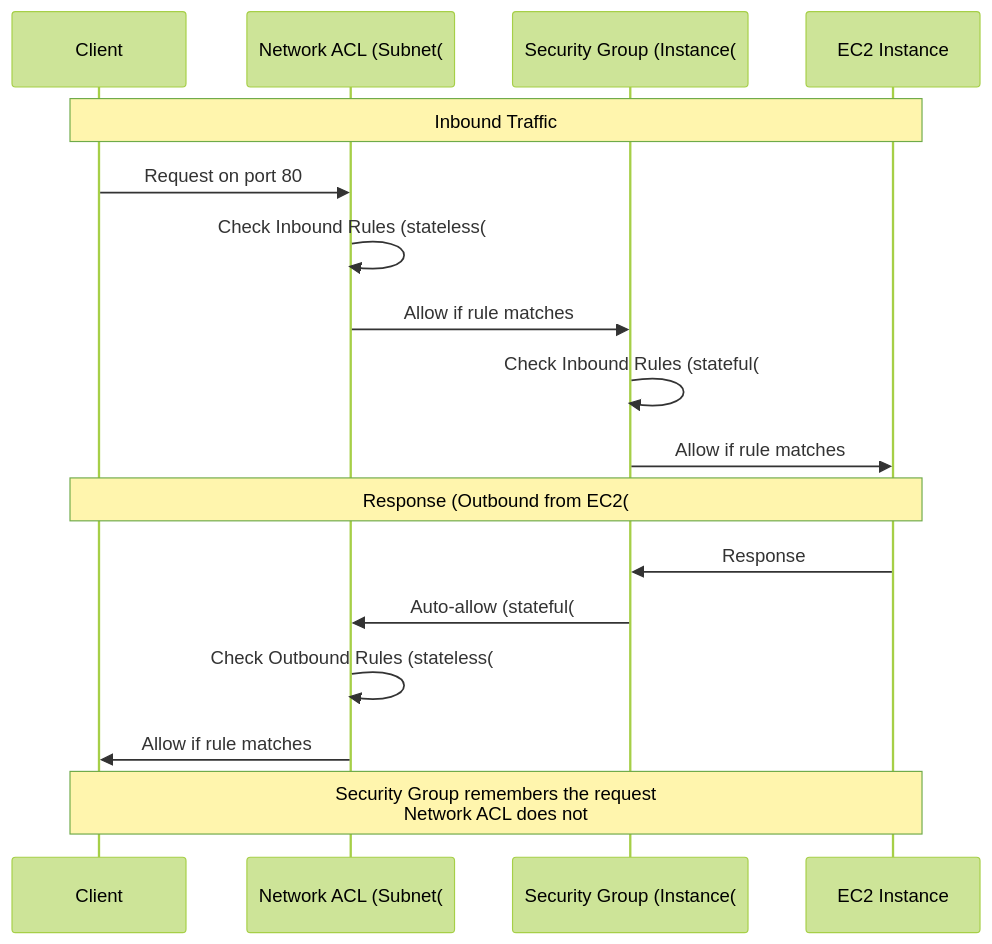
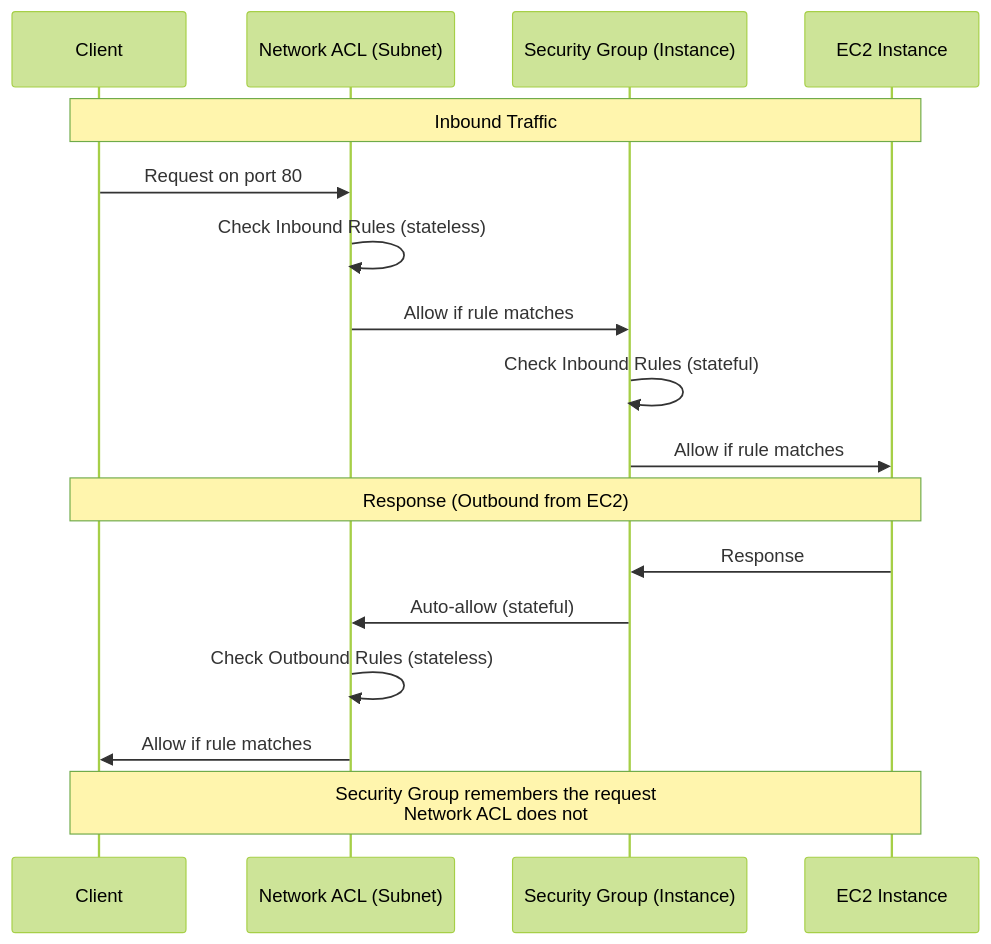
Before and after one commit to pilotworks/AWS-Certified-Solutions-Architect-Associate-SAA-C03: the fifth of 16 diagrams in docs/06-Networking/DIAGRAMS.md, drawn with Mermaid (forest theme). The commit also changed other lines of this file and 79 other files, not shown here.

````diff
--- a/docs/06-Networking/DIAGRAMS.md
+++ b/docs/06-Networking/DIAGRAMS.md
@@ -149,25 +149,25 @@
 ```mermaid
 sequenceDiagram
     participant Client
-    participant NACL as Network ACL (Subnet(
-    participant SG as Security Group (Instance(
+    participant NACL as Network ACL (Subnet)
+    participant SG as Security Group (Instance)
     participant EC2 as EC2 Instance
     
     Note over Client,EC2: Inbound Traffic
     
     Client->>NACL: Request on port 80
-    NACL->>NACL: Check Inbound Rules (stateless(
+    NACL->>NACL: Check Inbound Rules (stateless)
     NACL->>SG: Allow if rule matches
-    SG->>SG: Check Inbound Rules (stateful(
+    SG->>SG: Check Inbound Rules (stateful)
     SG->>EC2: Allow if rule matches
     
-    Note over Client,EC2: Response (Outbound from EC2(
+    Note over Client,EC2: Response (Outbound from EC2)
     
     EC2->>SG: Response
-    SG->>NACL: Auto-allow (stateful(
-    NACL->>NACL: Check Outbound Rules (stateless(
+    SG->>NACL: Auto-allow (stateful)
+    NACL->>NACL: Check Outbound Rules (stateless)
     NACL->>Client: Allow if rule matches
     
     Note over Client,EC2: Security Group remembers the request<br/>Network ACL does not
     
 ```
````
